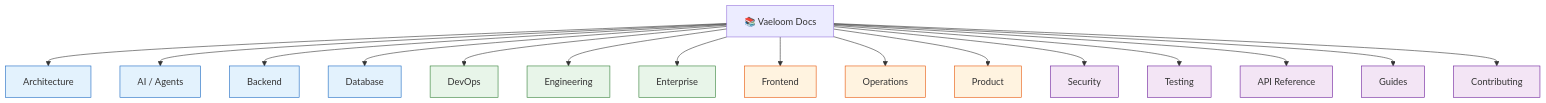
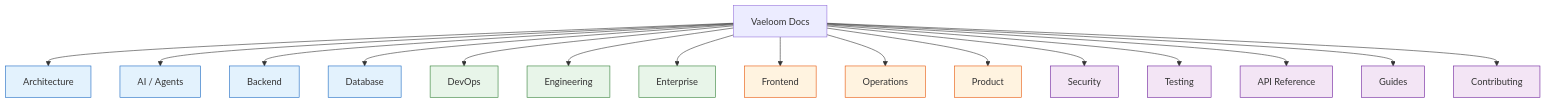
The diagram in docs/README.md (Driftloom/Vaeloom), drawn with Mermaid before and after one commit. The commit also changed 694 other files, not shown here.

First line of the commit message:
docs: mermaid standardization — encoding/mermaid/duplicate cleanup

````diff
--- a/docs/README.md
+++ b/docs/README.md
@@ -12,28 +12,28 @@
 ```mermaid
 graph TD
-    classDef core fill:#e3f2fd,stroke:#1565c0
-    classDef platform fill:#e8f5e9,stroke:#2e7d32
-    classDef product fill:#fff3e0,stroke:#e65100
-    classDef ops fill:#f3e5f5,stroke:#6a1b9a
+ classDef core fill:#e3f2fd,stroke:#1565c0
+ classDef platform fill:#e8f5e9,stroke:#2e7d32
+ classDef product fill:#fff3e0,stroke:#e65100
+ classDef ops fill:#f3e5f5,stroke:#6a1b9a
 
-    DOC["📚 Vaeloom Docs"] --> ARCH["Architecture"]
-    DOC --> AI["AI / Agents"]
-    DOC --> BACKEND["Backend"]
-    DOC --> DB["Database"]
-    DOC --> DEVOPS["DevOps"]
-    DOC --> ENG["Engineering"]
-    DOC --> ENT["Enterprise"]
-    DOC --> FE["Frontend"]
-    DOC --> OPS["Operations"]
-    DOC --> PROD["Product"]
-    DOC --> SEC["Security"]
-    DOC --> TEST["Testing"]
-    DOC --> API["API Reference"]
-    DOC --> GUIDES["Guides"]
-    DOC --> CONTRIB["Contributing"]
+ DOC["Vaeloom Docs"]--> ARCH["Architecture"]
+ DOC--> AI["AI / Agents"]
+ DOC--> BACKEND["Backend"]
+ DOC--> DB["Database"]
+ DOC--> DEVOPS["DevOps"]
+ DOC--> ENG["Engineering"]
+ DOC--> ENT["Enterprise"]
+ DOC--> FE["Frontend"]
+ DOC--> OPS["Operations"]
+ DOC--> PROD["Product"]
+ DOC--> SEC["Security"]
+ DOC--> TEST["Testing"]
+ DOC--> API["API Reference"]
+ DOC--> GUIDES["Guides"]
+ DOC--> CONTRIB["Contributing"]
 
-    class ARCH,AI,BACKEND,DB core
-    class DEVOPS,ENG,ENT platform
-    class FE,OPS,PROD product
-    class SEC,TEST,API,GUIDES,CONTRIB ops
+ class ARCH,AI,BACKEND,DB core
+ class DEVOPS,ENG,ENT platform
+ class FE,OPS,PROD product
+ class SEC,TEST,API,GUIDES,CONTRIB ops
 ```
````
